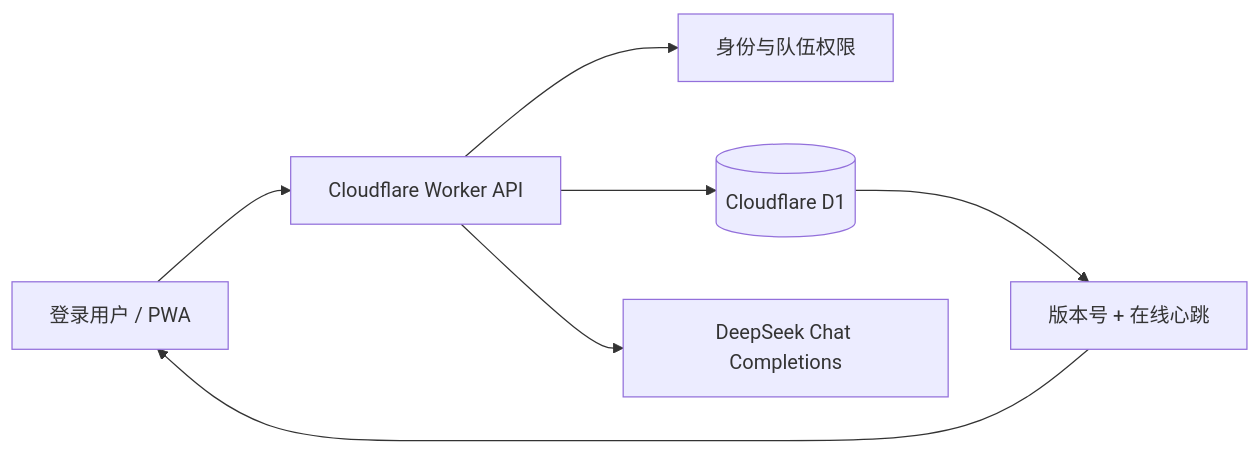
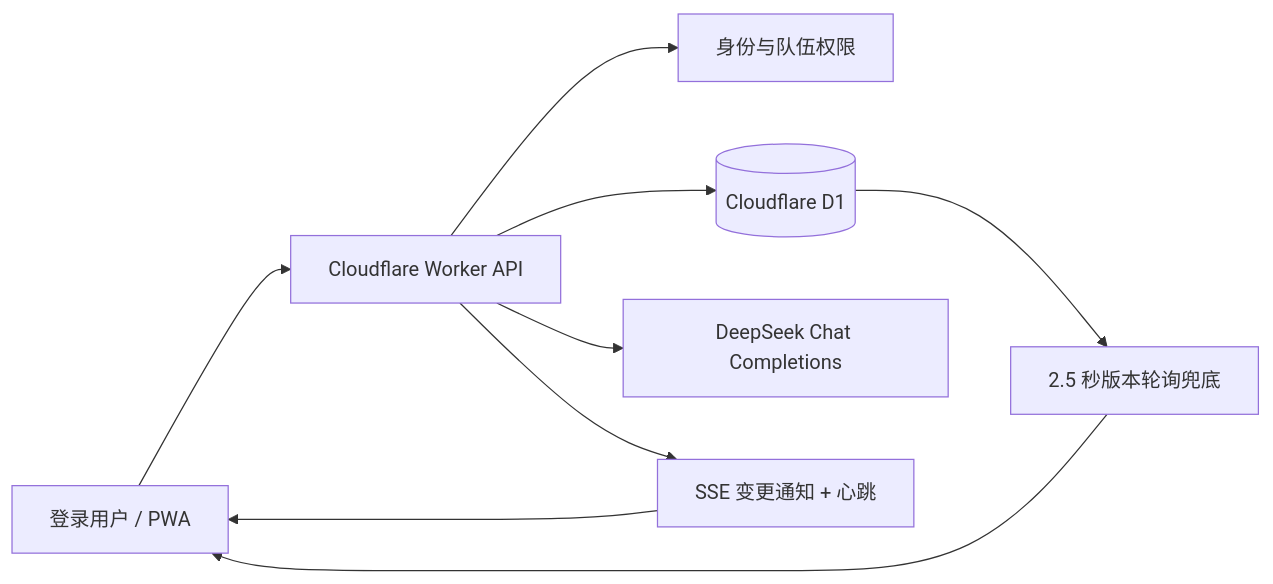
Before and after one commit to candy-zy/daiqi-ai-packlist: the diagram in docs/AI_AND_BACKEND_DESIGN.md, drawn with Mermaid. The commit also changed other lines of this file and 4 other files, not shown here.

````diff
--- a/docs/AI_AND_BACKEND_DESIGN.md
+++ b/docs/AI_AND_BACKEND_DESIGN.md
@@ -22,9 +22,11 @@
 ```mermaid
 flowchart LR
   U[登录用户 / PWA] --> API[Cloudflare Worker API]
   API --> AUTH[身份与队伍权限]
   API --> D1[(Cloudflare D1)]
   API --> DS[DeepSeek Chat Completions]
-  D1 --> POLL[版本号 + 在线心跳]
+  API --> SSE[SSE 变更通知 + 心跳]
+  SSE --> U
+  D1 --> POLL[2.5 秒版本轮询兜底]
   POLL --> U
 ```
````
